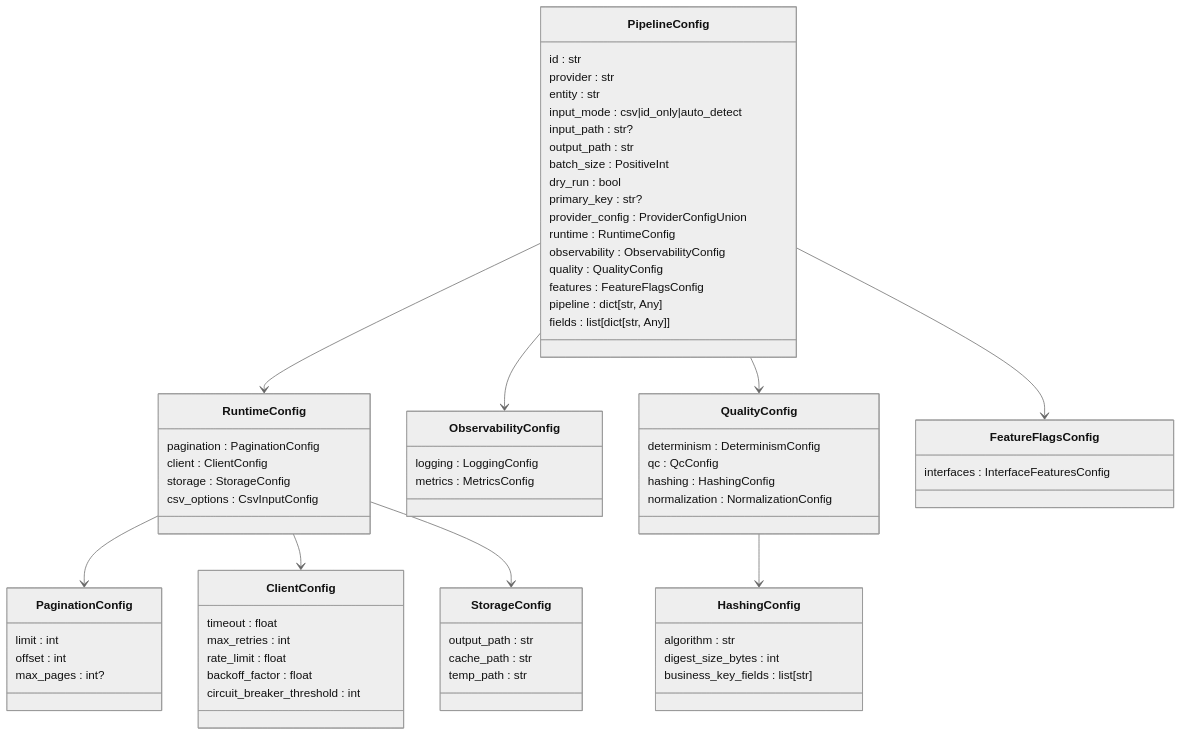
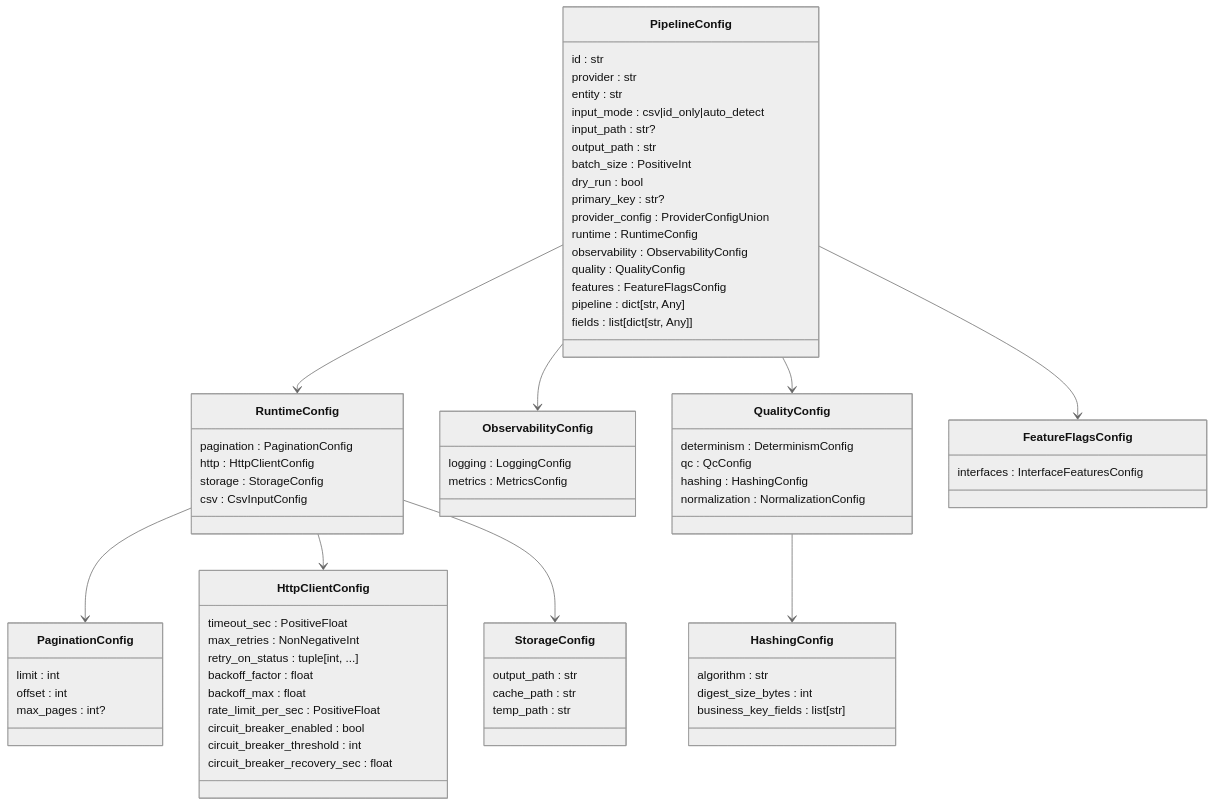
One commit to SatoryKono/BioactivityDataAcquisition changed the diagram in docs/architecture/diagrams/class/37-config-structure.mmd. Above: the diagram before and after it, drawn with Mermaid (neutral theme). The commit also changed 1 other file, not shown here.

```diff
--- a/docs/architecture/diagrams/class/37-config-structure.mmd
+++ b/docs/architecture/diagrams/class/37-config-structure.mmd
@@ -1,78 +1,82 @@
 %%{init: {"class": {"domainPrimary": {"fill": "#f5f5f5", "stroke": "#444", "strokeWidth": 1.5, "color": "#111", "fontSize": "22px"}, "domainSecondary": {"fill": "#e3e7ec", "stroke": "#555", "strokeWidth": 1.2, "color": "#111", "fontSize": "18px"}, "interface": {"fill": "#dde7f2", "stroke": "#44546a", "strokeWidth": 1.5, "color": "#111", "fontSize": "22px"}}}}%%
 classDiagram
     class PipelineConfig {
         id : str
         provider : str
         entity : str
         input_mode : csv|id_only|auto_detect
         input_path : str?
         output_path : str
         batch_size : PositiveInt
         dry_run : bool
         primary_key : str?
         provider_config : ProviderConfigUnion
         runtime : RuntimeConfig
         observability : ObservabilityConfig
         quality : QualityConfig
         features : FeatureFlagsConfig
         pipeline : dict[str, Any]
         fields : list[dict[str, Any]]
     }
 
     class RuntimeConfig {
         pagination : PaginationConfig
-        client : ClientConfig
+        http : HttpClientConfig
         storage : StorageConfig
-        csv_options : CsvInputConfig
+        csv : CsvInputConfig
     }
 
     class ObservabilityConfig {
         logging : LoggingConfig
         metrics : MetricsConfig
     }
 
     class QualityConfig {
         determinism : DeterminismConfig
         qc : QcConfig
         hashing : HashingConfig
         normalization : NormalizationConfig
     }
 
     class FeatureFlagsConfig {
         interfaces : InterfaceFeaturesConfig
     }
 
     class PaginationConfig {
         limit : int
         offset : int
         max_pages : int?
     }
 
-    class ClientConfig {
-        timeout : float
-        max_retries : int
-        rate_limit : float
+    class HttpClientConfig {
+        timeout_sec : PositiveFloat
+        max_retries : NonNegativeInt
+        retry_on_status : tuple[int, ...]
         backoff_factor : float
+        backoff_max : float
+        rate_limit_per_sec : PositiveFloat
+        circuit_breaker_enabled : bool
         circuit_breaker_threshold : int
+        circuit_breaker_recovery_sec : float
     }
 
     class StorageConfig {
         output_path : str
         cache_path : str
         temp_path : str
     }
 
     class HashingConfig {
         algorithm : str
         digest_size_bytes : int
         business_key_fields : list[str]
     }
 
     PipelineConfig --> RuntimeConfig
     PipelineConfig --> ObservabilityConfig
     PipelineConfig --> QualityConfig
     PipelineConfig --> FeatureFlagsConfig
     RuntimeConfig --> PaginationConfig
-    RuntimeConfig --> ClientConfig
+    RuntimeConfig --> HttpClientConfig
     RuntimeConfig --> StorageConfig
     QualityConfig --> HashingConfig
```
